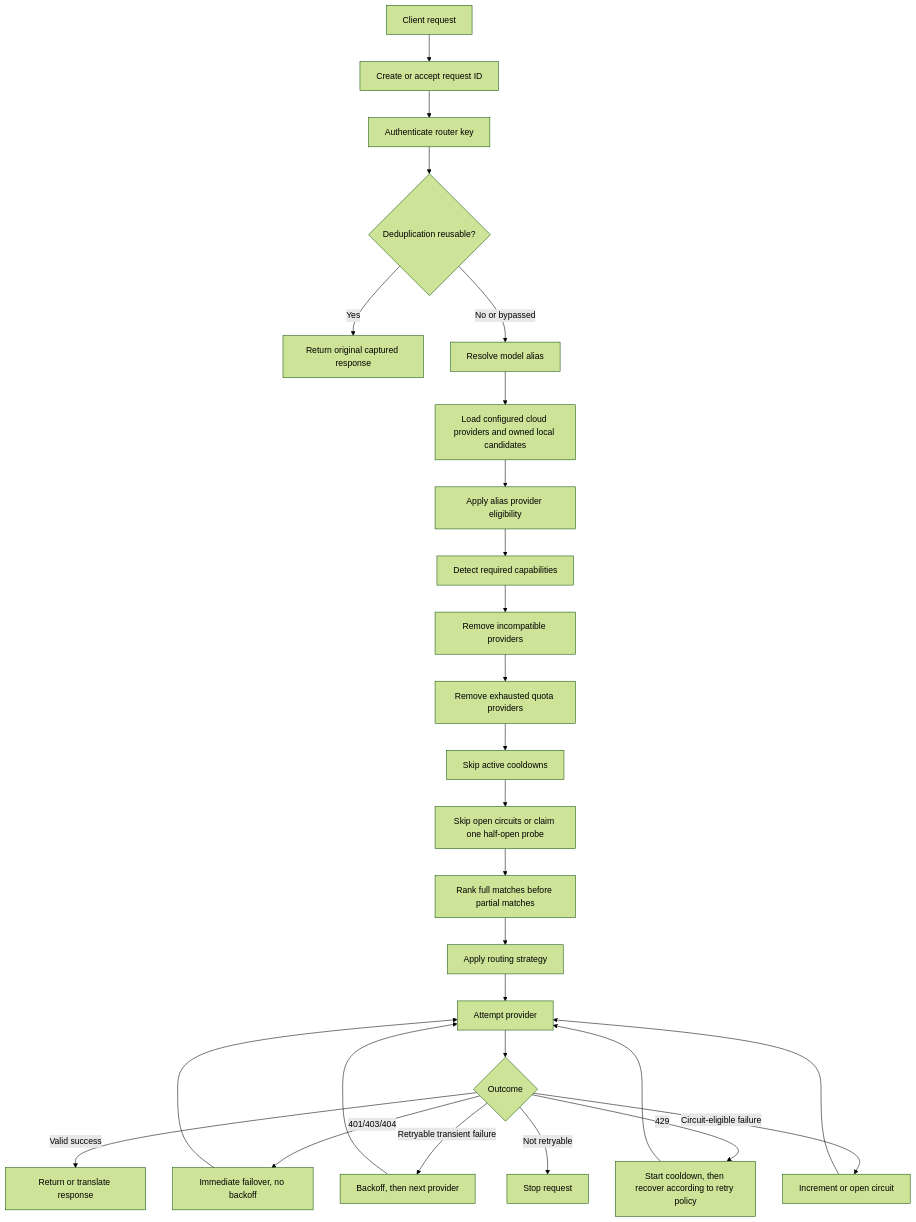
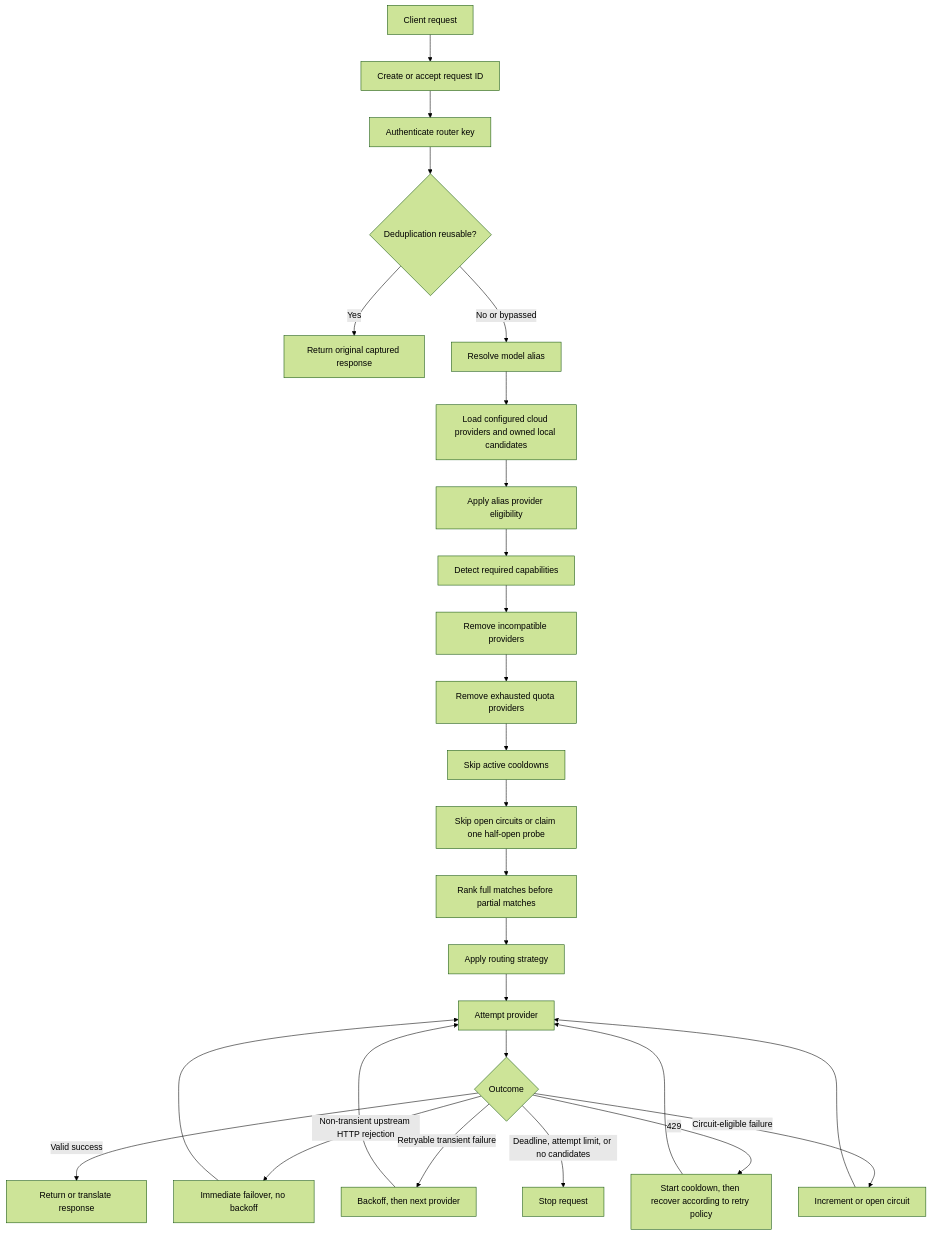
The first of 5 diagrams in docs/ARCHITECTURE.md (Pr0fess0rOP/free-llm-router), drawn with Mermaid (forest theme) before and after one commit. The commit also changed other lines of this file and 10 other files, not shown here.

````diff
--- a/docs/ARCHITECTURE.md
+++ b/docs/ARCHITECTURE.md
@@ -44,29 +44,29 @@
 ```mermaid
 flowchart TD
     A[Client request] --> B[Create or accept request ID]
     B --> C[Authenticate router key]
     C --> D{Deduplication reusable?}
     D -->|Yes| E[Return original captured response]
     D -->|No or bypassed| F[Resolve model alias]
     F --> G[Load configured cloud providers and owned local candidates]
     G --> H[Apply alias provider eligibility]
     H --> I[Detect required capabilities]
     I --> J[Remove incompatible providers]
     J --> K[Remove exhausted quota providers]
     K --> L[Skip active cooldowns]
     L --> M[Skip open circuits or claim one half-open probe]
     M --> N[Rank full matches before partial matches]
     N --> O[Apply routing strategy]
     O --> P[Attempt provider]
     P --> Q{Outcome}
     Q -->|Valid success| R[Return or translate response]
-    Q -->|401/403/404| S[Immediate failover, no backoff]
+    Q -->|Non-transient upstream HTTP rejection| S[Immediate failover, no backoff]
     Q -->|Retryable transient failure| T[Backoff, then next provider]
     Q -->|429| U[Start cooldown, then recover according to retry policy]
     Q -->|Circuit-eligible failure| V[Increment or open circuit]
-    Q -->|Not retryable| W[Stop request]
+    Q -->|Deadline, attempt limit, or no candidates| W[Stop request]
     S --> P
     T --> P
     U --> P
     V --> P
 ```
````
